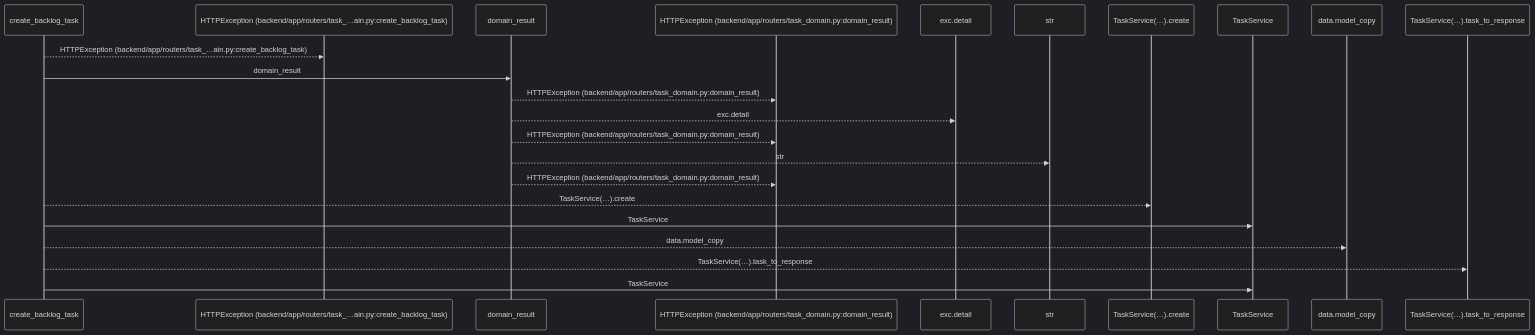
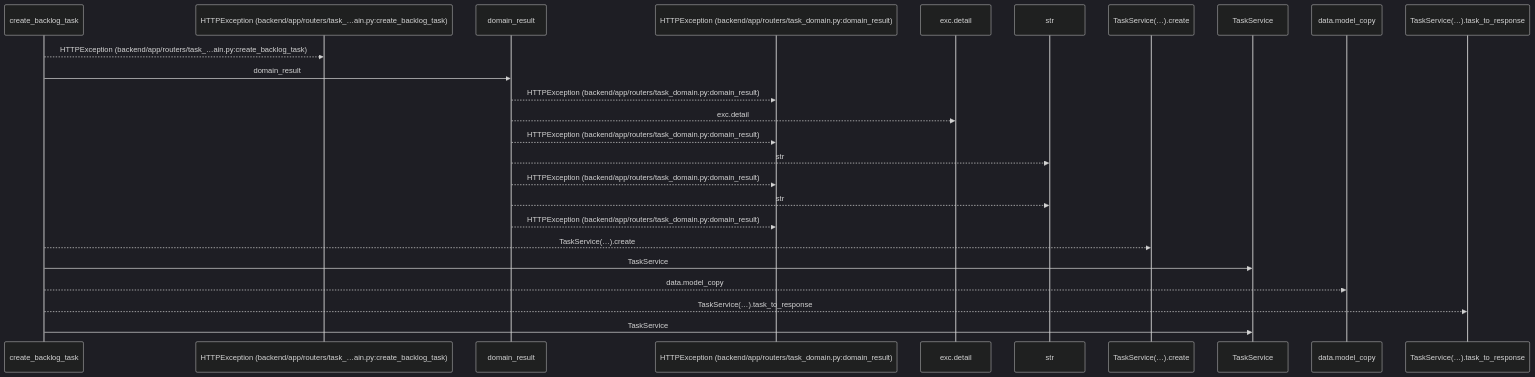
One commit to Denissvgn/WorkChord changed the first of 2 diagrams in docs/llm_wiki/flows/http-create_backlog_task.md. Above: the diagram before and after it, drawn with Mermaid (dark theme). The commit also changed other lines of this file and 6624 other files, not shown here.

````diff
--- a/docs/llm_wiki/flows/http-create_backlog_task.md
+++ b/docs/llm_wiki/flows/http-create_backlog_task.md
@@ -10,25 +10,27 @@
 ```mermaid
 sequenceDiagram
     participant p0 as create_backlog_task
     participant p1 as HTTPException (backend/app/routers/task_…ain.py:create_backlog_task)
     participant p2 as domain_result
     participant p3 as HTTPException (backend/app/routers/task_domain.py:domain_result)
     participant p4 as exc.detail
     participant p5 as str
     participant p6 as TaskService(…).create
     participant p7 as TaskService
     participant p8 as data.model_copy
     participant p9 as TaskService(…).task_to_response
     p0-->>p1: HTTPException (backend/app/routers/task_…ain.py:create_backlog_task)
     p0->>p2: domain_result
     p2-->>p3: HTTPException (backend/app/routers/task_domain.py:domain_result)
     p2-->>p4: exc.detail
     p2-->>p3: HTTPException (backend/app/routers/task_domain.py:domain_result)
     p2-->>p5: str
     p2-->>p3: HTTPException (backend/app/routers/task_domain.py:domain_result)
+    p2-->>p5: str
+    p2-->>p3: HTTPException (backend/app/routers/task_domain.py:domain_result)
     p0-->>p6: TaskService(…).create
     p0->>p7: TaskService
     p0-->>p8: data.model_copy
     p0-->>p9: TaskService(…).task_to_response
     p0->>p7: TaskService
 ```
````
